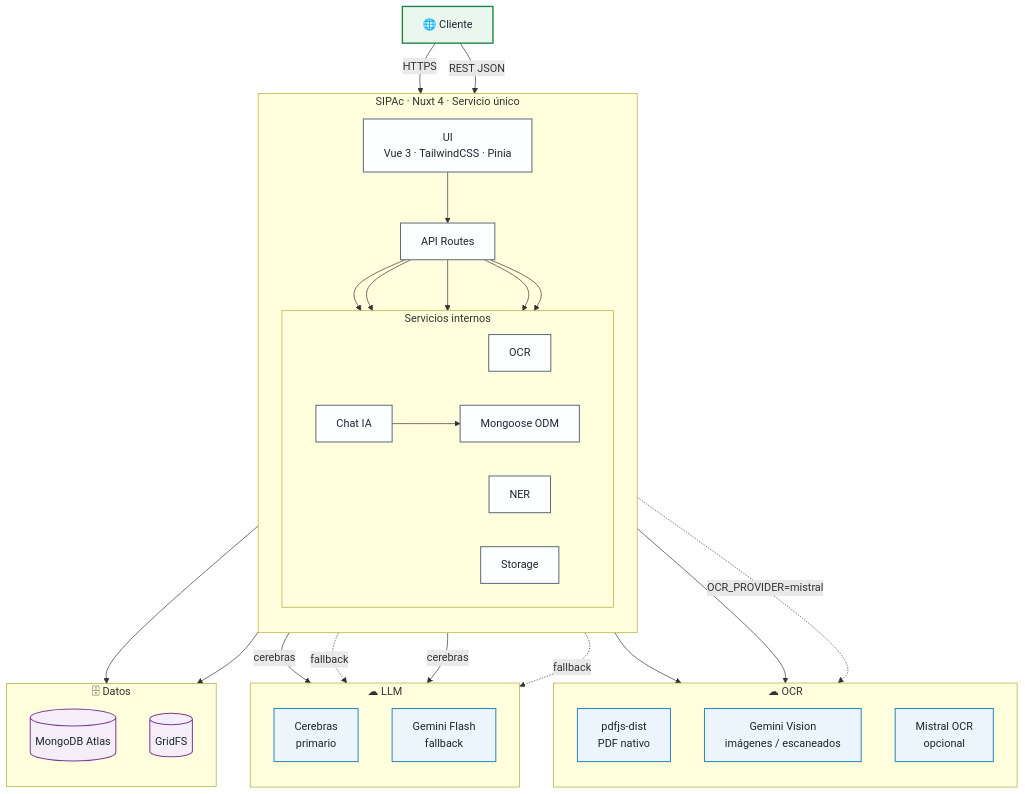
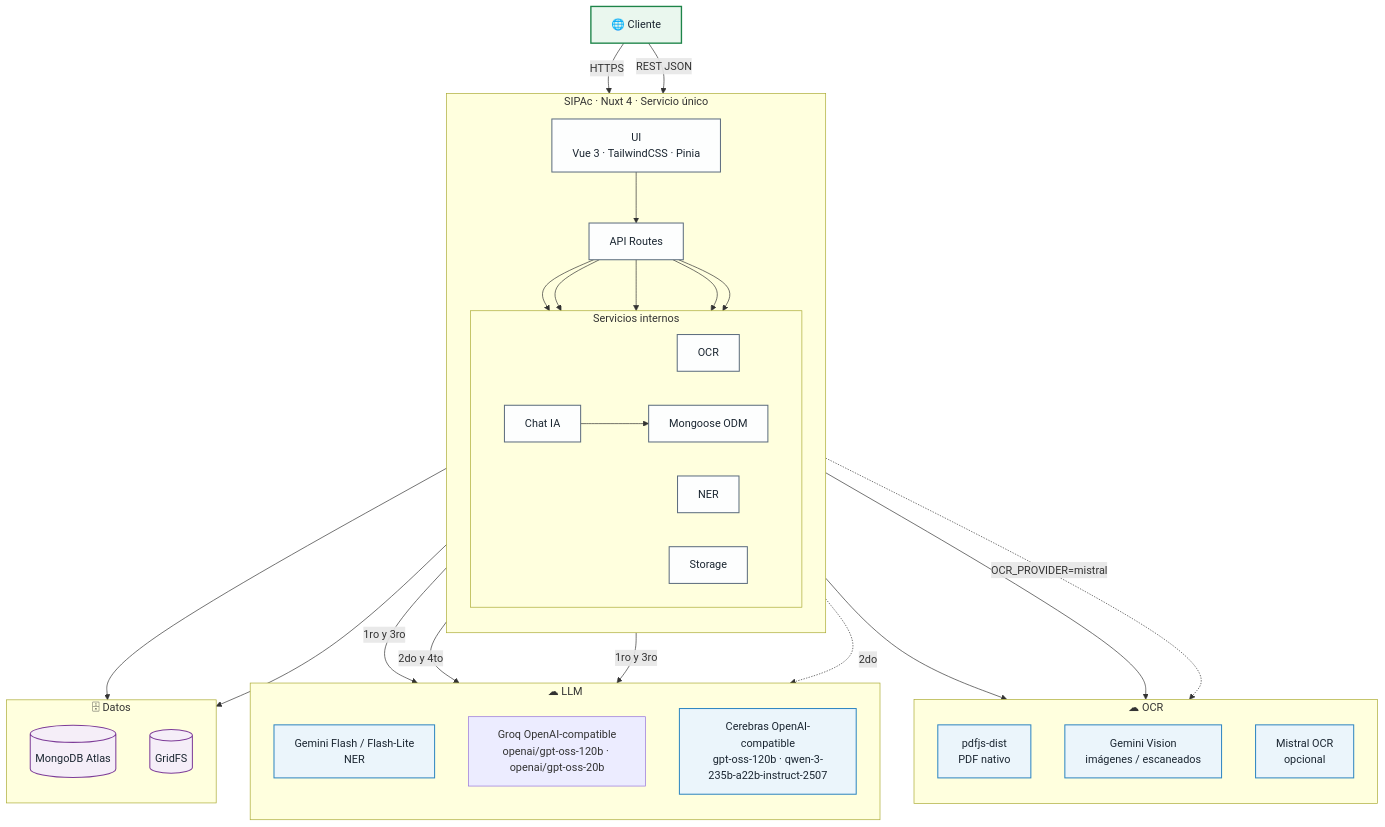
Before and after one commit to KarloZ7715/SIPAc: the first of 2 diagrams in docs/analisis-diseno/documentacion/03-arquitectura-tecnica.md, drawn with Mermaid. The commit also changed other lines of this file and 4 other files, not shown here.

````diff
--- a/docs/analisis-diseno/documentacion/03-arquitectura-tecnica.md
+++ b/docs/analisis-diseno/documentacion/03-arquitectura-tecnica.md
@@ -26,71 +29,72 @@
 ```mermaid
 flowchart TB
   Browser["🌐 Cliente"]
 
   subgraph SIPAc["SIPAc · Nuxt 4 · Servicio único"]
     direction TB
     UI["UI<br/>Vue 3 · TailwindCSS · Pinia"]
     API["API Routes"]
 
     subgraph Services["Servicios internos"]
       direction LR
       OCR["OCR"]
       NER["NER"]
       Chat["Chat IA"]
       Storage["Storage"]
       ODM["Mongoose ODM"]
     end
   end
 
   subgraph OCRProviders["☁ OCR"]
     direction TB
     Pdfjs["pdfjs-dist<br/>PDF nativo"]
     GeminiVision["Gemini Vision<br/>imágenes / escaneados"]
     Mistral["Mistral OCR<br/>opcional"]
   end
 
   subgraph LLMProviders["☁ LLM"]
     direction TB
-    Cerebras["Cerebras<br/>primario"]
-    Gemini["Gemini Flash<br/>fallback"]
+    Gemini["Gemini Flash / Flash-Lite<br/>NER"]
+    Groq["Groq OpenAI-compatible<br/>openai/gpt-oss-120b · openai/gpt-oss-20b"]
+    Cerebras["Cerebras OpenAI-compatible<br/>gpt-oss-120b · qwen-3-235b-a22b-instruct-2507"]
   end
 
   subgraph Data["🗄 Datos"]
     direction TB
     MongoDB[(MongoDB Atlas)]
     GridFS[(GridFS)]
   end
 
   Browser -->|HTTPS| UI
   Browser -->|REST JSON| API
   UI --> API
 
   API --> OCR
   API --> NER
   API --> Chat
   API --> Storage
   API --> ODM
 
   OCR --> Pdfjs
   OCR --> GeminiVision
   OCR -.->|OCR_PROVIDER=mistral| Mistral
 
-  NER -->|cerebras| Cerebras
-  NER -.->|fallback| Gemini
-  Chat -->|cerebras| Cerebras
-  Chat -.->|fallback| Gemini
+  NER -->|1ro y 3ro| Gemini
+  NER -->|2do y 4to| Groq
+  Chat -->|1ro y 3ro| Cerebras
+  Chat -.->|2do| Gemini
   Chat --> ODM
 
   ODM --> MongoDB
   Storage --> GridFS
 
   classDef browserNode fill:#EAF7EE,stroke:#1E8449,color:#1B2631,stroke-width:2px
   classDef appNode fill:#FDFEFE,stroke:#5D6D7E,color:#1B2631,stroke-width:1.5px
   classDef providerNode fill:#EBF5FB,stroke:#2E86C1,color:#1B2631,stroke-width:1.5px
   classDef dbNode fill:#F5EEF8,stroke:#7D3C98,color:#1B2631,stroke-width:1.5px
 
   class Browser browserNode
   class UI,API,OCR,NER,Chat,Storage,ODM appNode
   class Pdfjs,GeminiVision,Mistral,Cerebras,Gemini providerNode
   class MongoDB,GridFS dbNode
 ```
````
